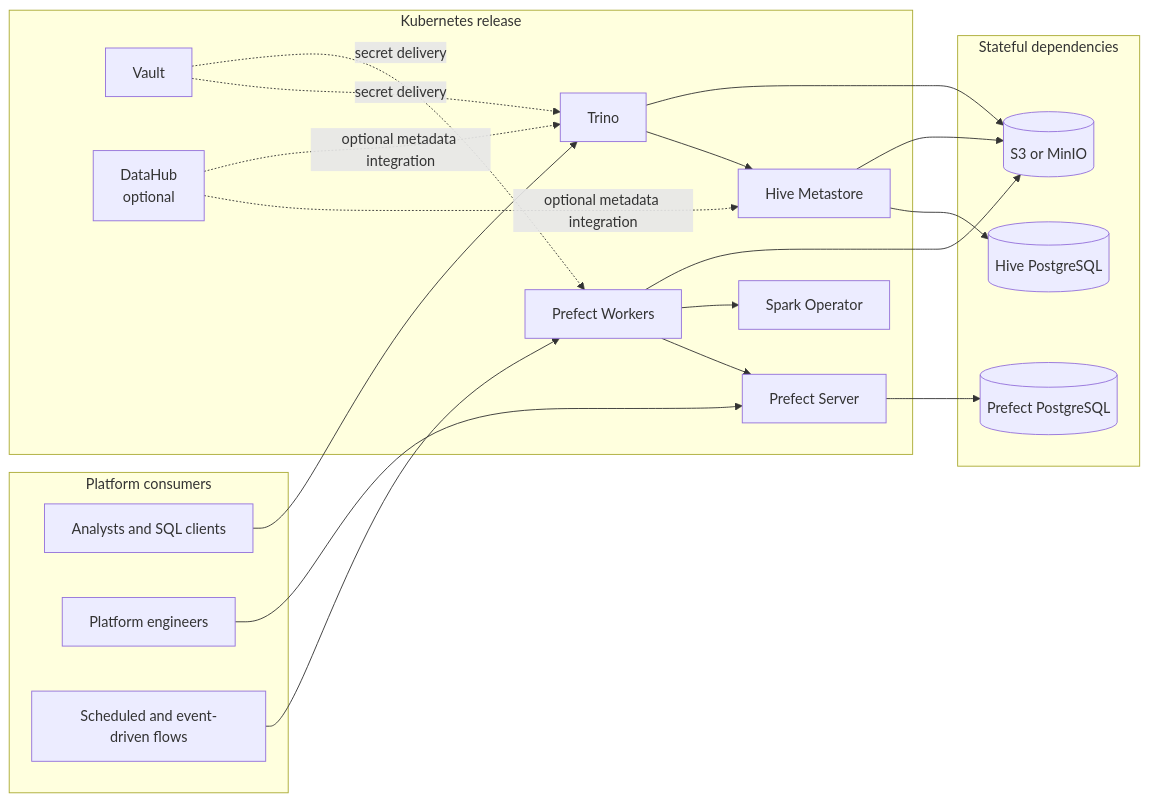
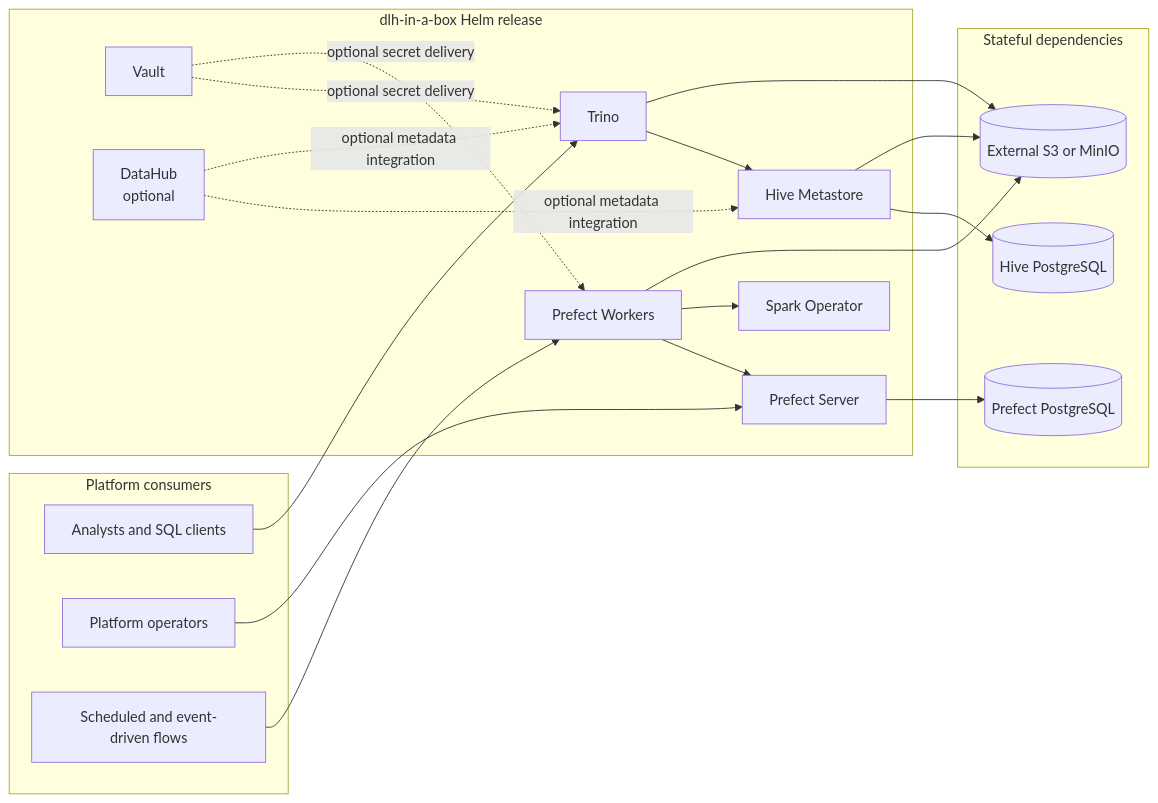
One commit to sanger-pathogens/dlh-in-a-box-umbrella-helm-chart changed the first of 3 diagrams in README.md. Above: the diagram before and after it, drawn with Mermaid. The commit also changed other lines of this file and 42 other files, not shown here.

Commit message:
chore: strengthen public handover, release polish, and chart presentation

````diff
--- a/README.md
+++ b/README.md
@@ -22,40 +38,40 @@
 ```mermaid
 flowchart LR
-  subgraph Clients[Platform consumers]
+  subgraph Consumers[Platform consumers]
     Analysts[Analysts and SQL clients]
-    Operators[Platform engineers]
+    Operators[Platform operators]
     Flows[Scheduled and event-driven flows]
   end
 
-  subgraph ControlPlane[Kubernetes release]
+  subgraph Release[dlh-in-a-box Helm release]
     Trino[Trino]
     Prefect[Prefect Server]
     Worker[Prefect Workers]
     Spark[Spark Operator]
     Hive[Hive Metastore]
     Vault[Vault]
     DataHub[DataHub<br/>optional]
   end
 
   subgraph State[Stateful dependencies]
-    ObjectStore[(S3 or MinIO)]
+    ObjectStore[(External S3 or MinIO)]
     HivePg[(Hive PostgreSQL)]
     PrefectPg[(Prefect PostgreSQL)]
   end
 
   Analysts --> Trino
   Operators --> Prefect
   Flows --> Worker
   Worker --> Prefect
   Worker --> Spark
+  Worker --> ObjectStore
   Trino --> Hive
   Trino --> ObjectStore
   Hive --> HivePg
   Hive --> ObjectStore
   Prefect --> PrefectPg
-  Worker --> ObjectStore
-  Vault -. secret delivery .-> Trino
-  Vault -. secret delivery .-> Worker
+  Vault -. optional secret delivery .-> Trino
+  Vault -. optional secret delivery .-> Worker
   DataHub -. optional metadata integration .-> Hive
   DataHub -. optional metadata integration .-> Trino
 ```
````
